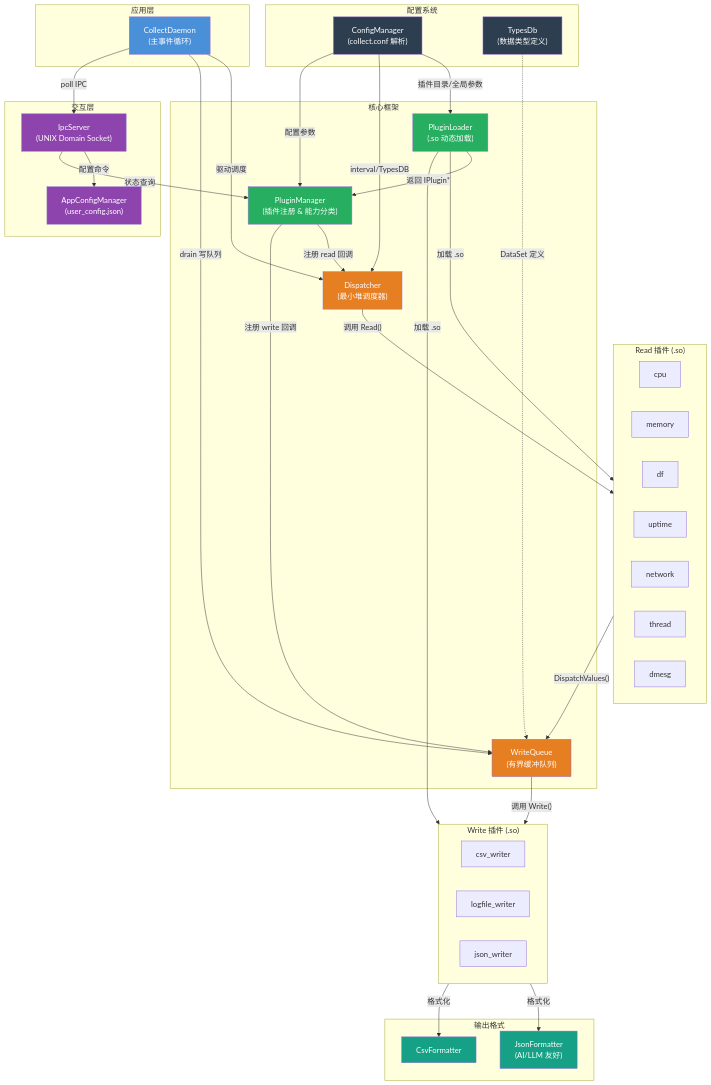
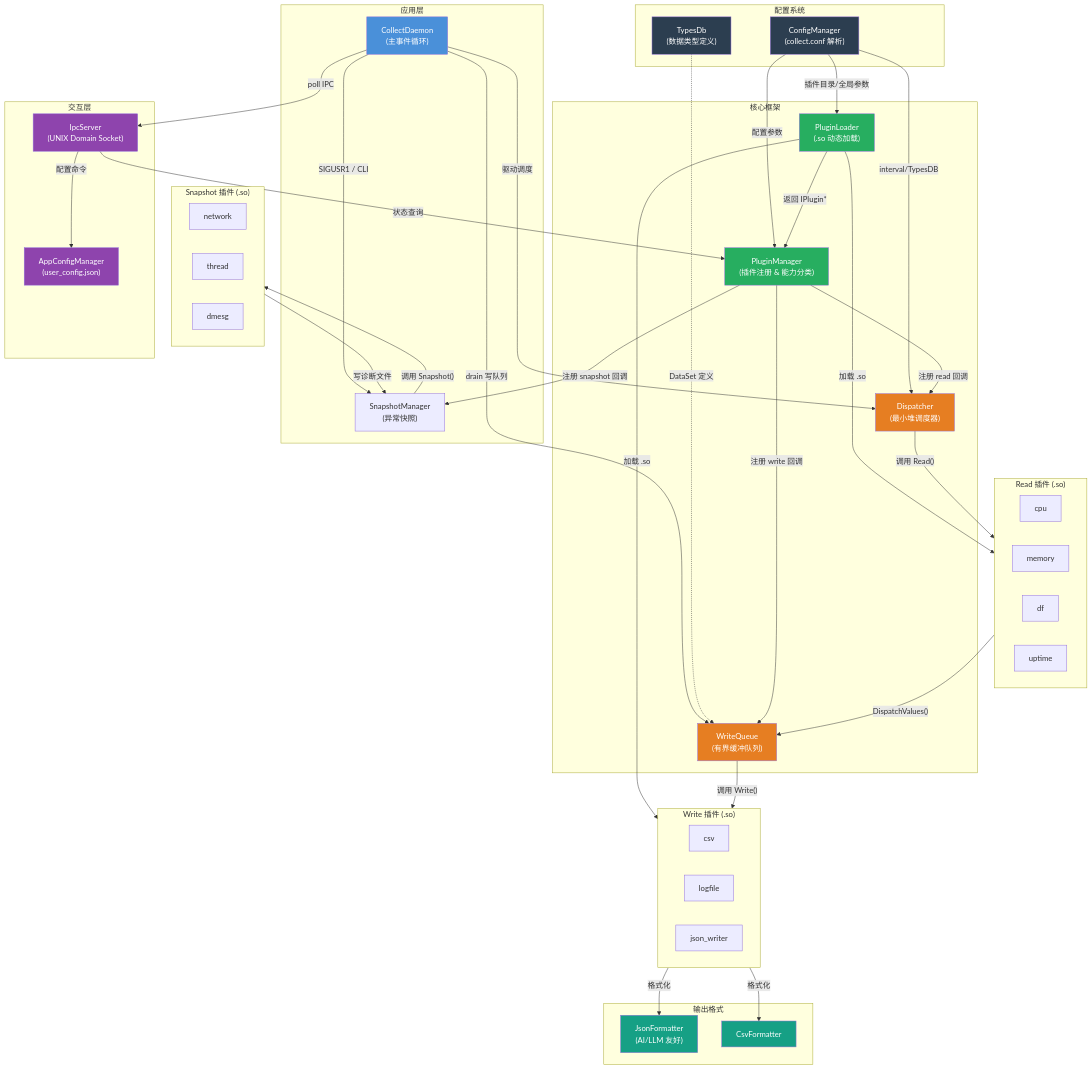
One commit to 2shouTOcopy/collect changed the first of 3 diagrams in doc/architecture.md. Above: the diagram before and after it, drawn with Mermaid. The commit also changed other lines of this file and 27 other files, not shown here.

```diff
--- a/doc/architecture.md
+++ b/doc/architecture.md
@@ -12,6 +12,7 @@
 graph TB
     subgraph App["应用层"]
         CD["CollectDaemon<br/>(主事件循环)"]
+        SM["SnapshotManager<br/>(异常快照)"]
     end
 
     subgraph Core["核心框架"]
@@ -41,21 +42,25 @@
         MEM["memory"]
         DF["df"]
         UP["uptime"]
-        NET["network"]
-        THR["thread"]
-        DMG["dmesg"]
     end
 
     subgraph WritePlugins["Write 插件 (.so)"]
-        CSV["csv_writer"]
-        LOG["logfile_writer"]
+        CSV["csv"]
+        LOG["logfile"]
         JSON["json_writer"]
+    end
+
+    subgraph SnapshotPlugins["Snapshot 插件 (.so)"]
+        SNET["network"]
+        STHR["thread"]
+        SDMG["dmesg"]
     end
 
     %% 主控流
     CD -->|"驱动调度"| DS
     CD -->|"drain 写队列"| WQ
     CD -->|"poll IPC"| IPC
+    CD -->|"SIGUSR1 / CLI"| SM
 
     %% 配置流
     CM -->|"插件目录/全局参数"| PL
@@ -69,6 +74,7 @@
     PL -->|"返回 IPlugin*"| PM
     PM -->|"注册 read 回调"| DS
     PM -->|"注册 write 回调"| WQ
+    PM -->|"注册 snapshot 回调"| SM
 
     %% 数据流
     DS -->|"调用 Read()"| ReadPlugins
@@ -76,6 +82,8 @@
     WQ -->|"调用 Write()"| WritePlugins
     WritePlugins -->|"格式化"| JF
     WritePlugins -->|"格式化"| CF
+    SM -->|"调用 Snapshot()"| SnapshotPlugins
+    SnapshotPlugins -->|"写诊断文件"| SM
 
     %% IPC 交互
     IPC -->|"配置命令"| ACM
```
